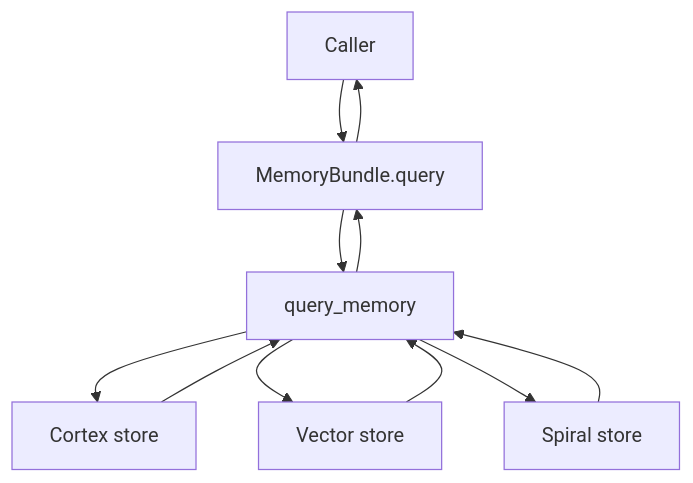
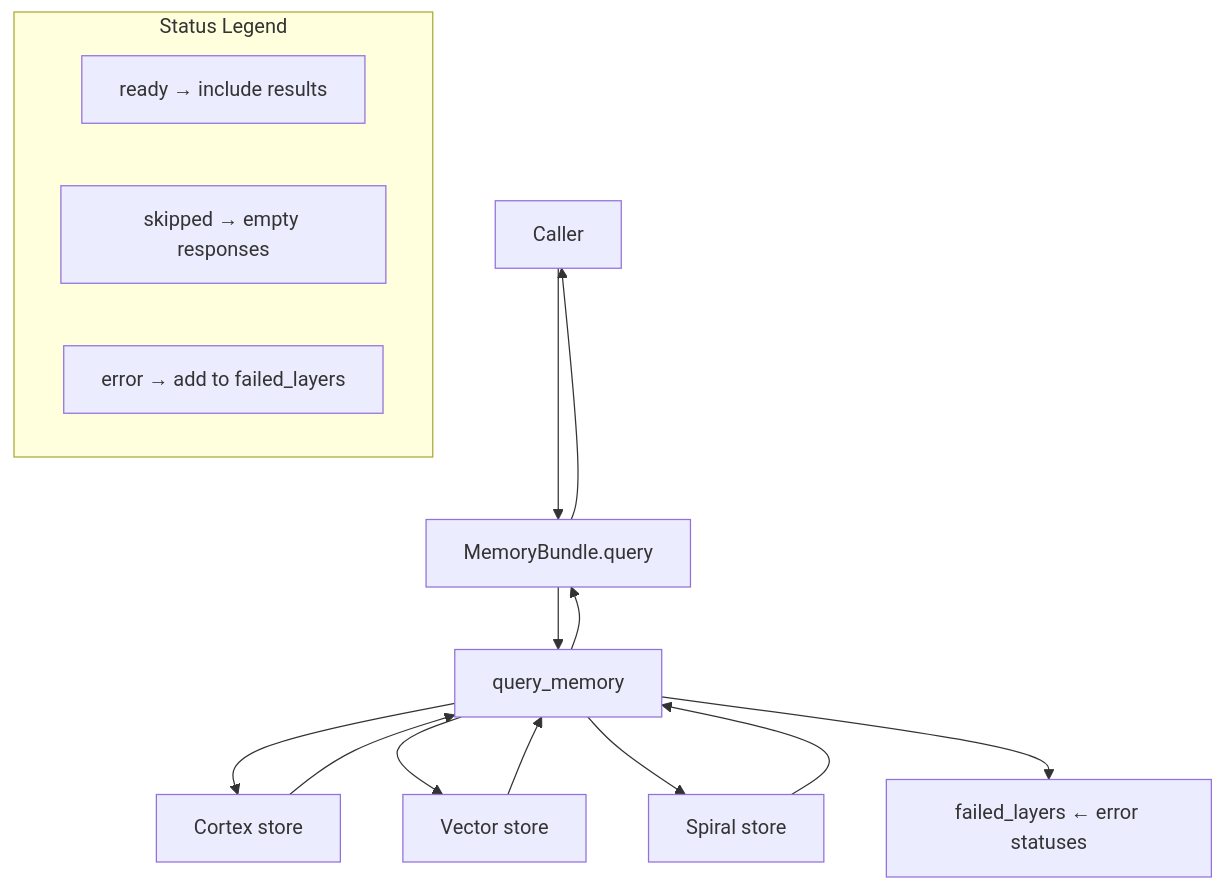
The diagram in docs/figures/query_memory_aggregation.mmd (DINGIRABZU/ABZU), drawn with Mermaid before and after one commit. The commit also changed 12 other files, not shown here.

```diff
--- a/docs/figures/query_memory_aggregation.mmd
+++ b/docs/figures/query_memory_aggregation.mmd
@@ -1,14 +1,20 @@
 %% Query memory aggregation diagram
-%% Version: v1.0.0
-%% Last updated: 2025-09-05
+%% Version: v1.1.0
+%% Last updated: 2025-10-07
 graph TD
     Caller[Caller] --> MB[MemoryBundle.query]
     MB --> QM[query_memory]
     QM --> Cortex[Cortex store]
     QM --> Vector[Vector store]
     QM --> Spiral[Spiral store]
     Cortex --> QM
     Vector --> QM
     Spiral --> QM
+    QM --> Failed[failed_layers ← error statuses]
     QM --> MB
     MB --> Caller
+    subgraph Legend[Status Legend]
+        Ready[ready → include results]
+        SkippedLegend[skipped → empty responses]
+        ErrorLegend[error → add to failed_layers]
+    end
```
